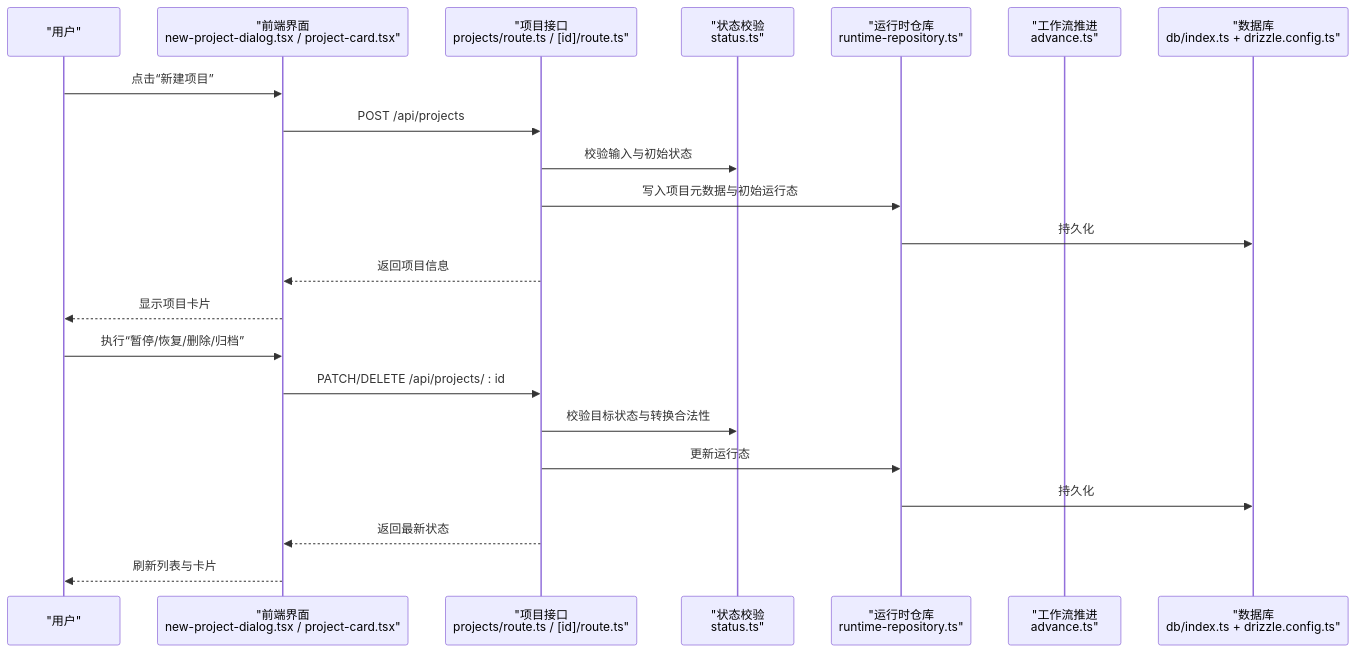
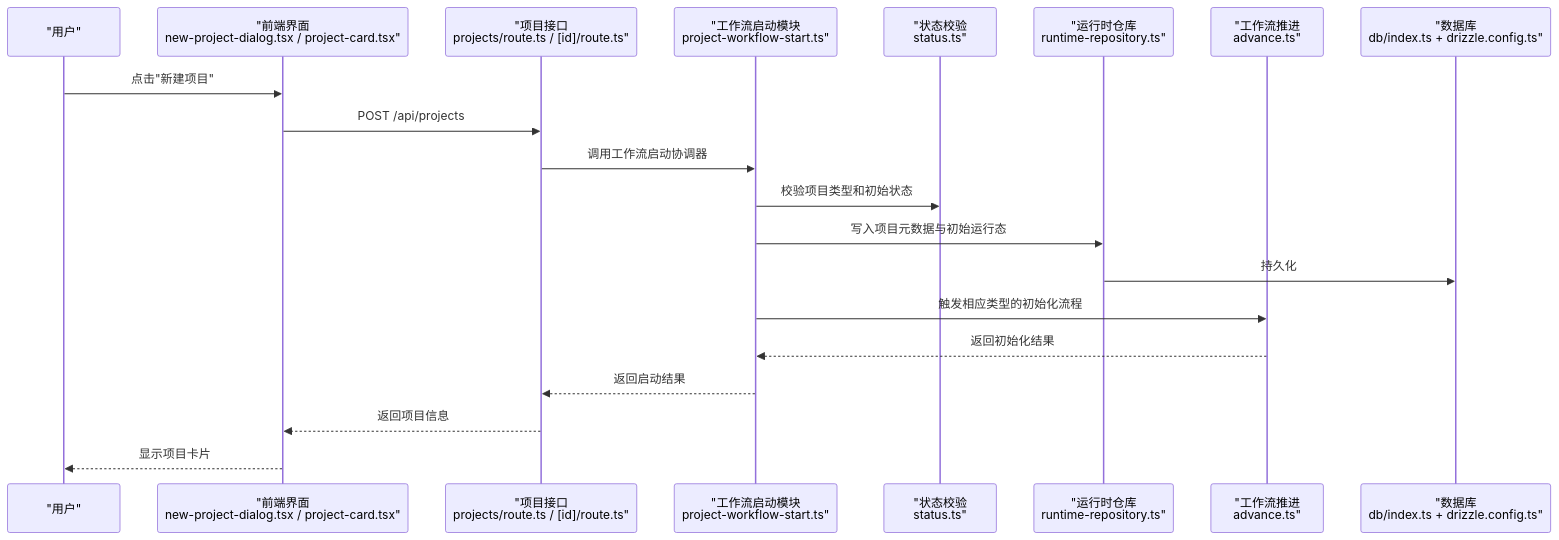
One commit to scottcwy/PurpleInk changed the second of 8 diagrams in .qoder/repowiki/zh/content/项目管理/项目生命周期管理.md. Above: the diagram before and after it, drawn with Mermaid. The commit also changed other lines of this file and 29 other files, not shown here.

````diff
--- a/.qoder/repowiki/zh/content/项目管理/项目生命周期管理.md
+++ b/.qoder/repowiki/zh/content/项目管理/项目生命周期管理.md
@@ -115,24 +124,22 @@
 ```mermaid
 sequenceDiagram
 participant U as "用户"
 participant UI as "前端界面<br/>new-project-dialog.tsx / project-card.tsx"
 participant API as "项目接口<br/>projects/route.ts / [id]/route.ts"
+participant WS as "工作流启动模块<br/>project-workflow-start.ts"
 participant S as "状态校验<br/>status.ts"
 participant R as "运行时仓库<br/>runtime-repository.ts"
 participant W as "工作流推进<br/>advance.ts"
 participant DB as "数据库<br/>db/index.ts + drizzle.config.ts"
-U->>UI : 点击“新建项目”
+U->>UI : 点击"新建项目"
 UI->>API : POST /api/projects
-API->>S : 校验输入与初始状态
-API->>R : 写入项目元数据与初始运行态
+API->>WS : 调用工作流启动协调器
+WS->>S : 校验项目类型和初始状态
+WS->>R : 写入项目元数据与初始运行态
 R->>DB : 持久化
+WS->>W : 触发相应类型的初始化流程
+W-->>WS : 返回初始化结果
+WS-->>API : 返回启动结果
 API-->>UI : 返回项目信息
 UI-->>U : 显示项目卡片
-U->>UI : 执行“暂停/恢复/删除/归档”
-UI->>API : PATCH/DELETE /api/projects/ : id
-API->>S : 校验目标状态与转换合法性
-API->>R : 更新运行态
-R->>DB : 持久化
-API-->>UI : 返回最新状态
-UI-->>U : 刷新列表与卡片
 ```
````
